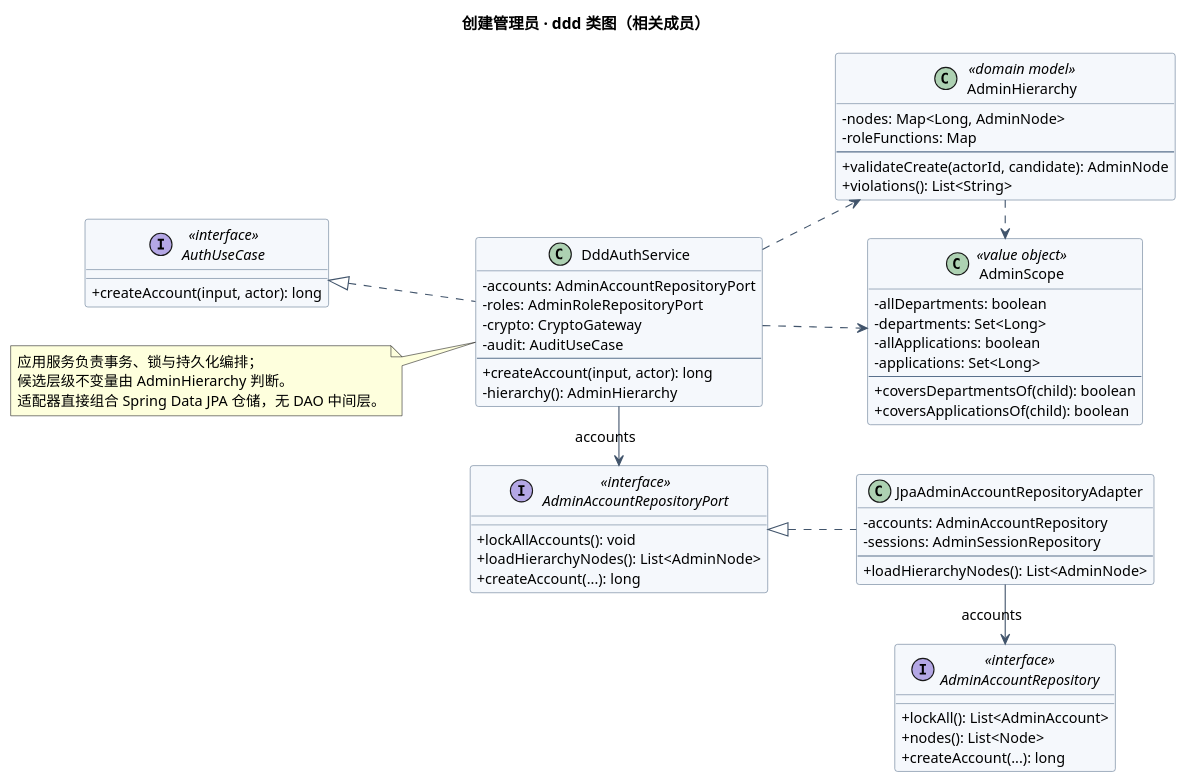
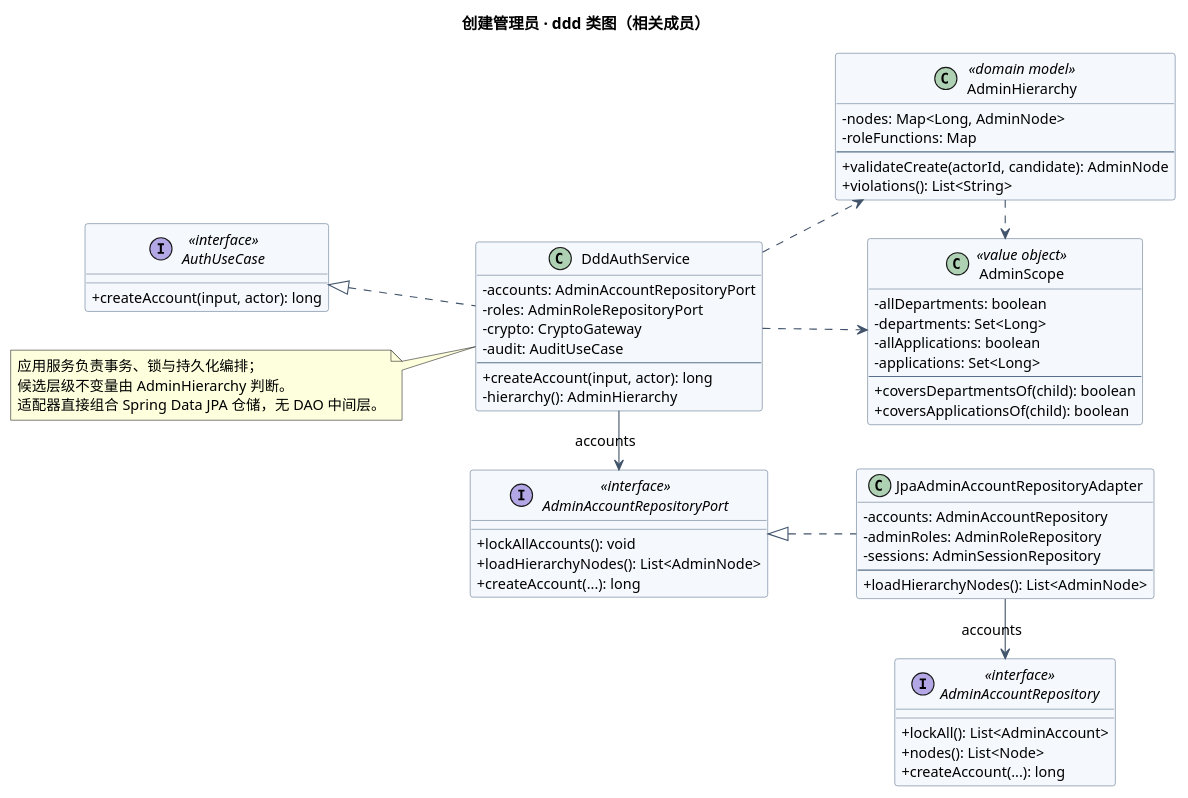
The diagram in doc/uml/admin-account-ddd-class.puml (JiuQi79-BOT/MelonHub), drawn with PlantUML before and after one commit. The commit also changed 15 other files, not shown here.

Commit message:
docs(architecture): sync docs and UML diagrams to pure Spring Data JPA

```diff
--- a/doc/uml/admin-account-ddd-class.puml
+++ b/doc/uml/admin-account-ddd-class.puml
@@ -1,72 +1,73 @@
 @startuml
 skinparam shadowing false
 skinparam defaultFontName Microsoft YaHei
 skinparam defaultFontSize 13
 skinparam classAttributeIconSize 0
 skinparam backgroundColor white
 skinparam ArrowColor #41546B
 skinparam classBackgroundColor #F5F8FC
 skinparam classBorderColor #59708C
 skinparam sequenceParticipantBackgroundColor #EEF3F9
 skinparam sequenceParticipantBorderColor #59708C
 skinparam sequenceGroupBackgroundColor transparent
 skinparam sequenceMessageAlign left
 title 创建管理员 · ddd 类图（相关成员）
 left to right direction
 interface "AuthUseCase" as U <<interface>> {
  + createAccount(input, actor): long
 }
 class "DddAuthService" as S {
  - accounts: AdminAccountRepositoryPort
  - roles: AdminRoleRepositoryPort
  - crypto: CryptoGateway
  - audit: AuditUseCase
  --
  + createAccount(input, actor): long
  - hierarchy(): AdminHierarchy
 }
 interface "AdminAccountRepositoryPort" as R <<interface>> {
  + lockAllAccounts(): void
  + loadHierarchyNodes(): List<AdminNode>
  + createAccount(...): long
 }
 class "JpaAdminAccountRepositoryAdapter" as A {
  - accounts: AdminAccountRepository
+ - adminRoles: AdminRoleRepository
  - sessions: AdminSessionRepository
  --
  + loadHierarchyNodes(): List<AdminNode>
 }
 interface "AdminAccountRepository" as Repo <<interface>> {
  + lockAll(): List<AdminAccount>
  + nodes(): List<Node>
  + createAccount(...): long
 }
 class "AdminHierarchy" as Tree <<domain model>> {
  - nodes: Map<Long, AdminNode>
  - roleFunctions: Map
  --
  + validateCreate(actorId, candidate): AdminNode
  + violations(): List<String>
 }
 class "AdminScope" as Scope <<value object>> {
  - allDepartments: boolean
  - departments: Set<Long>
  - allApplications: boolean
  - applications: Set<Long>
  --
  + coversDepartmentsOf(child): boolean
  + coversApplicationsOf(child): boolean
 }
 S .up.|> U
 S -right-> R : accounts
 A .up.|> R
 A -right-> Repo : accounts
 S .down.> Tree
 S .down.> Scope
 Tree .right.> Scope
 note left of S
 应用服务负责事务、锁与持久化编排；
 候选层级不变量由 AdminHierarchy 判断。
 适配器直接组合 Spring Data JPA 仓储，无 DAO 中间层。
 end note
 @enduml
```
